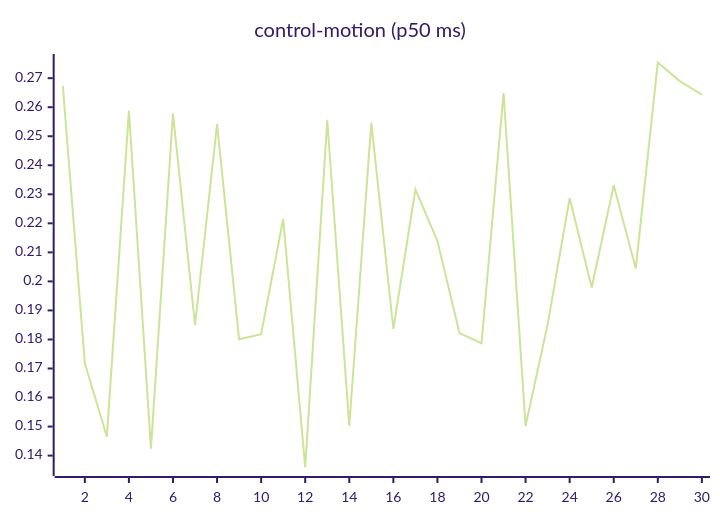
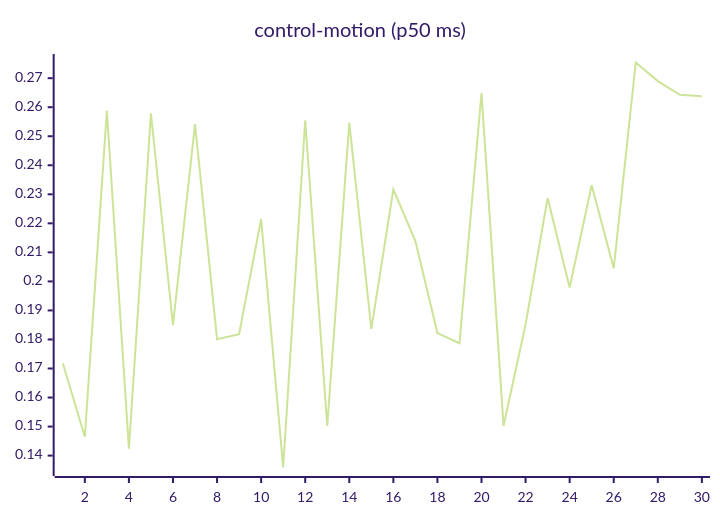
One commit to josha/Facet changed the seventh of 27 diagrams in README.md. Above: the diagram before and after it, drawn with Mermaid (forest theme). The commit also changed other lines of this file and 2 other files, not shown here.

````diff
--- a/README.md
+++ b/README.md
@@ -105,6 +105,6 @@
 ```mermaid
 xychart-beta
     title "control-motion (p50 ms)"
     x-axis 1 --> 30
-    line [0.2674, 0.1718, 0.1465, 0.2588, 0.1424, 0.2579, 0.1849, 0.2542, 0.1801, 0.1818, 0.2215, 0.1359, 0.2555, 0.1502, 0.2547, 0.1836, 0.2317, 0.2139, 0.1822, 0.1787, 0.2649, 0.1502, 0.1852, 0.2287, 0.1979, 0.2331, 0.2045, 0.2754, 0.2690, 0.2643]
+    line [0.1718, 0.1465, 0.2588, 0.1424, 0.2579, 0.1849, 0.2542, 0.1801, 0.1818, 0.2215, 0.1359, 0.2555, 0.1502, 0.2547, 0.1836, 0.2317, 0.2139, 0.1822, 0.1787, 0.2649, 0.1502, 0.1852, 0.2287, 0.1979, 0.2331, 0.2045, 0.2754, 0.2690, 0.2643, 0.2638]
 ```
````
